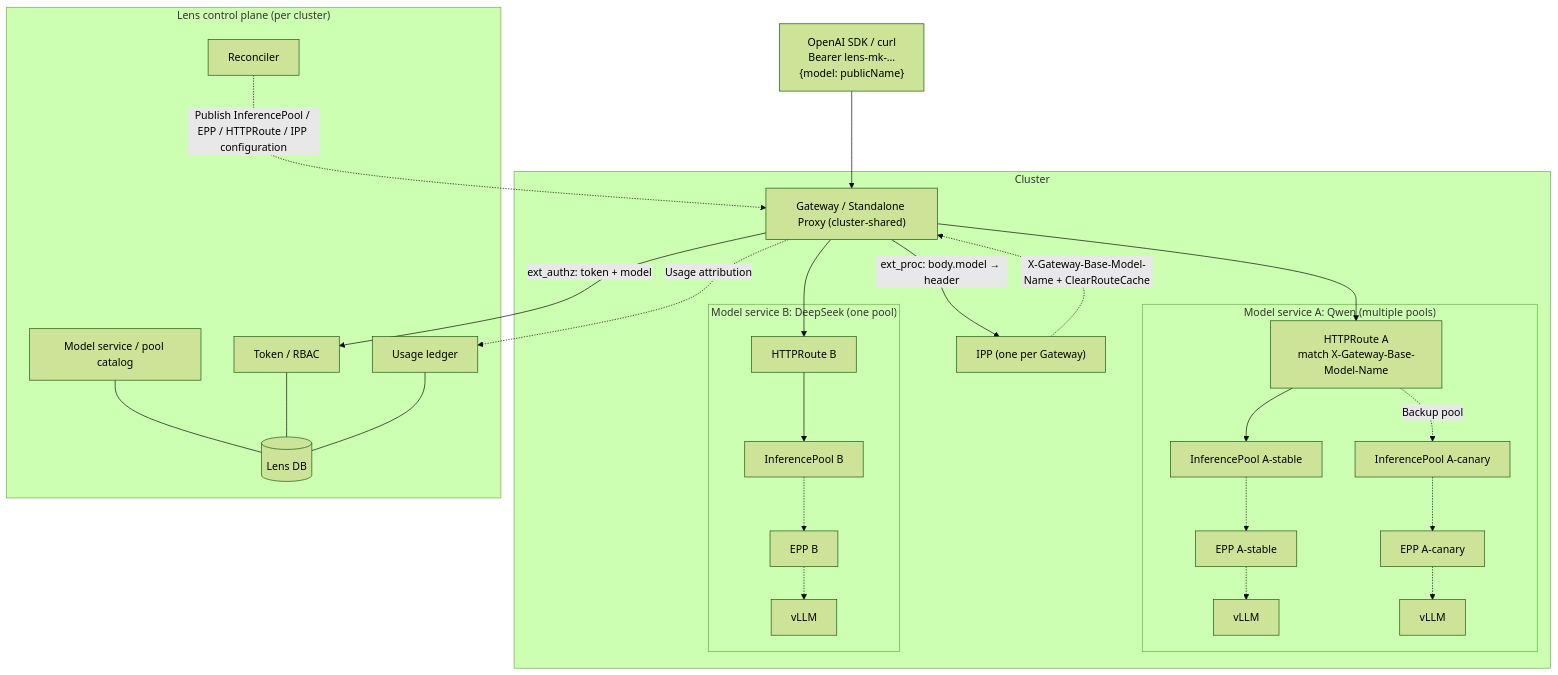
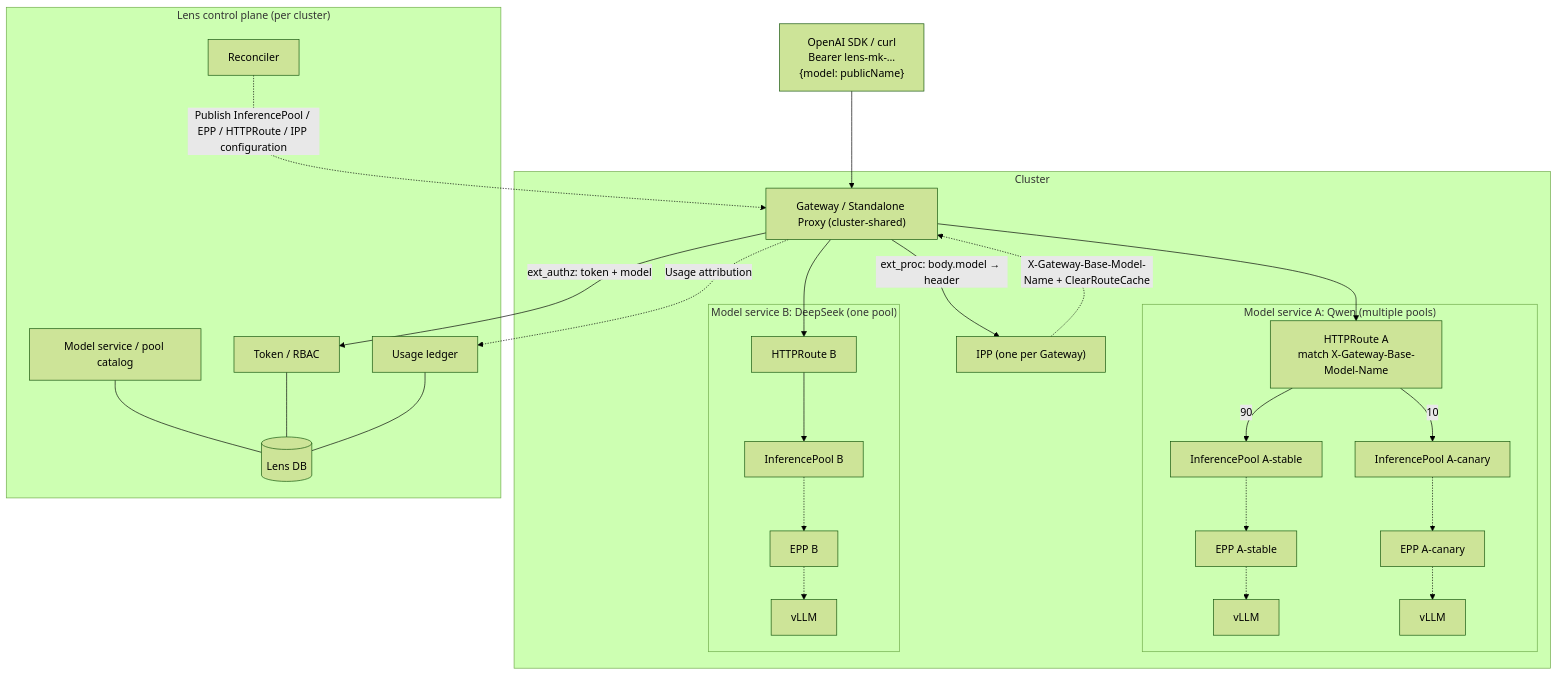
The first of 3 diagrams in docs/design/model-service-design.md (WenjiaoYue/llm-d-lens), drawn with Mermaid (forest theme) before and after one commit. The commit also changed other lines of this file and 80 other files, not shown here.

````diff
--- a/docs/design/model-service-design.md
+++ b/docs/design/model-service-design.md
@@ -55,54 +73,54 @@
 ```mermaid
 flowchart TB
     SDK["OpenAI SDK / curl<br/>Bearer lens-mk-…<br/>{model: publicName}"]
 
     subgraph Cluster["Cluster"]
         GW["Gateway / Standalone Proxy (cluster-shared)"]
         IPP["IPP (one per Gateway)"]
 
         subgraph Qwen["Model service A: Qwen (multiple pools)"]
             QR["HTTPRoute A<br/>match X-Gateway-Base-Model-Name"]
             QP1["InferencePool A-stable"]
             QP2["InferencePool A-canary"]
             QE1["EPP A-stable"]
             QE2["EPP A-canary"]
             QV1["vLLM"]
             QV2["vLLM"]
         end
         subgraph DS["Model service B: DeepSeek (one pool)"]
             DR["HTTPRoute B"]
             DP["InferencePool B"]
             DE["EPP B"]
             DV["vLLM"]
         end
     end
 
     subgraph Lens["Lens control plane (per cluster)"]
         CAT["Model service / pool catalog"]
         TOK["Token / RBAC"]
         USG["Usage ledger"]
         REC["Reconciler"]
         DB[("Lens DB")]
         CAT --- DB
         TOK --- DB
         USG --- DB
     end
 
     SDK --> GW
     GW -->|ext_proc: body.model → header| IPP
     IPP -.->|"X-Gateway-Base-Model-Name + ClearRouteCache"| GW
     GW -->|ext_authz: token + model| TOK
     GW --> QR
     GW --> DR
-    QR --> QP1
-    QR -.->|Backup pool| QP2
+    QR -->|90| QP1
+    QR -->|10| QP2
     QP1 -.-> QE1
     QP2 -.-> QE2
     QE1 -.-> QV1
     QE2 -.-> QV2
     DR --> DP
     DP -.-> DE
     DE -.-> DV
     REC -.->|Publish InferencePool / EPP / HTTPRoute / IPP configuration| GW
     GW -.->|Usage attribution| USG
 ```
````
